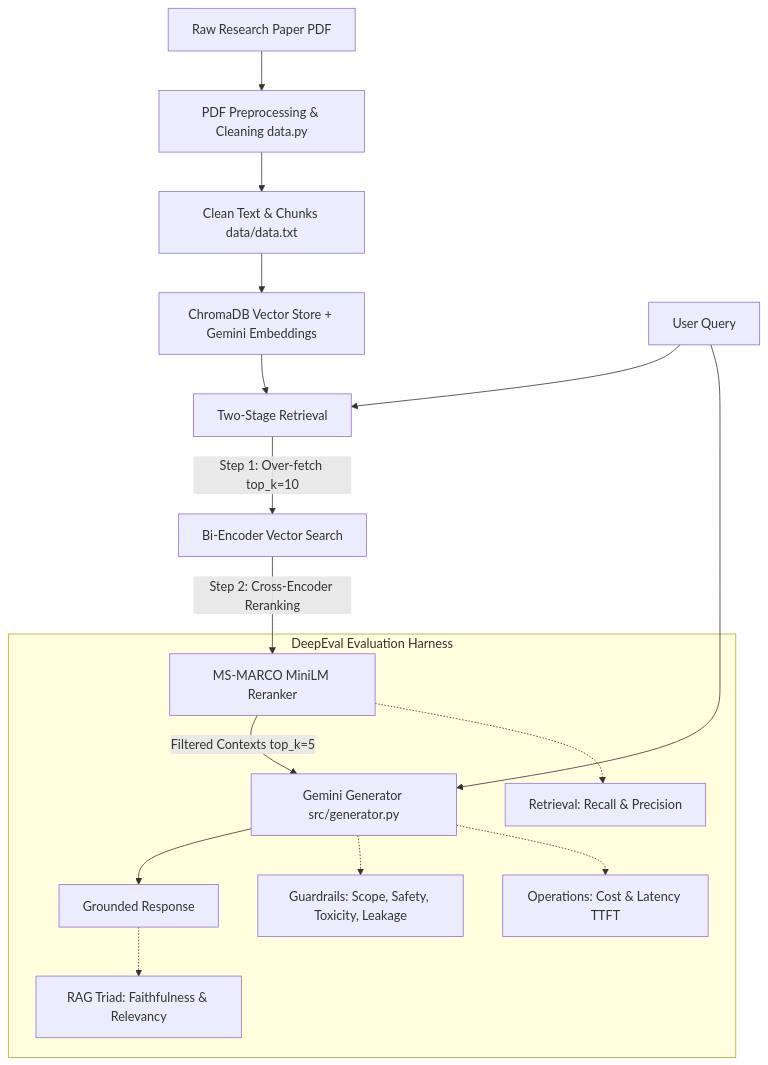
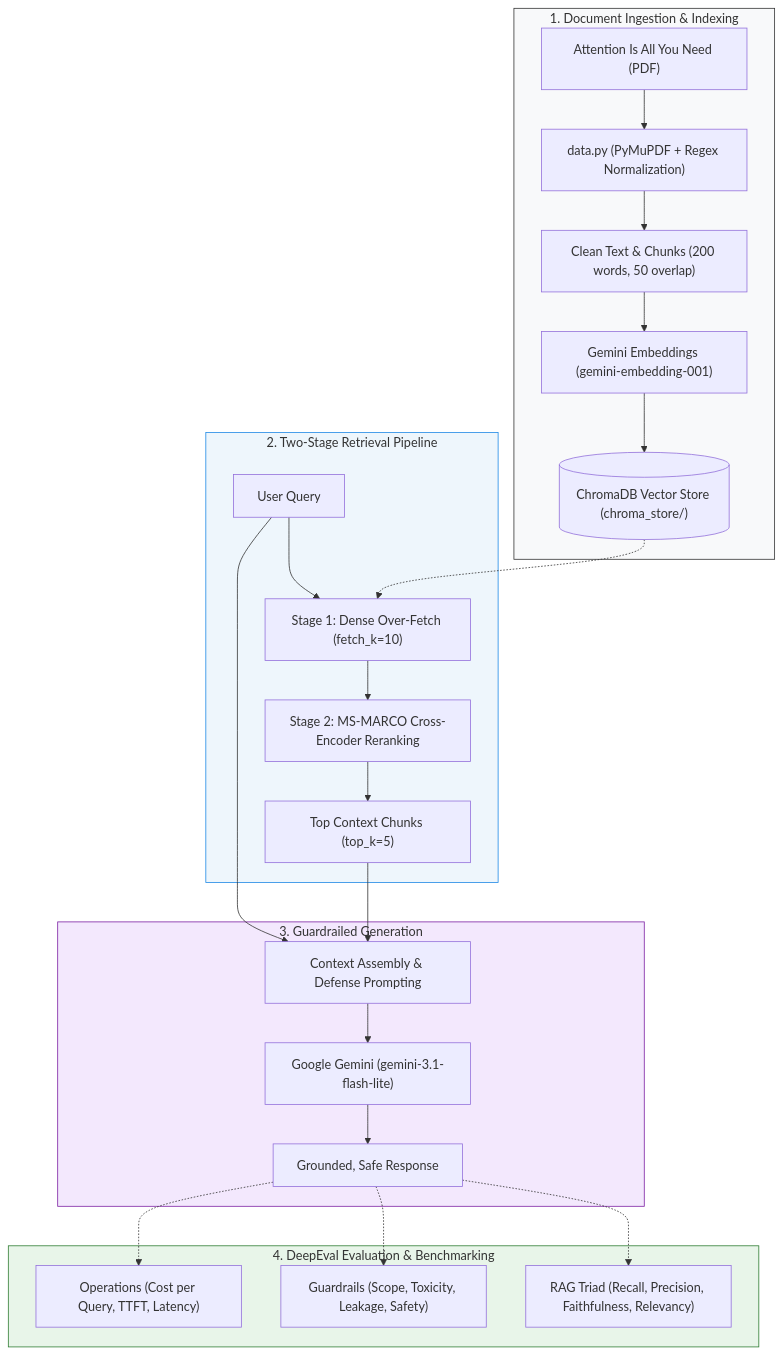
One commit to tapasbarman-ai/rag-eval-suite changed the diagram in README.md. Above: the diagram before and after it, drawn with Mermaid. The commit also changed other lines of this file and 1 other file, not shown here.

Commit message:
docs: fine-tune professional README with architecture, golden specs, and MIT license

````diff
--- a/README.md
+++ b/README.md
@@ -17,22 +42,34 @@
 ```mermaid
-graph TD
-    A[Raw Research Paper PDF] --> B[PDF Preprocessing & Cleaning data.py]
-    B --> C[Clean Text & Chunks data/data.txt]
-    C --> D[ChromaDB Vector Store + Gemini Embeddings]
-    
-    Q[User Query] --> E[Two-Stage Retrieval]
-    D --> E
-    E -->|Step 1: Over-fetch top_k=10| F[Bi-Encoder Vector Search]
-    F -->|Step 2: Cross-Encoder Reranking| G[MS-MARCO MiniLM Reranker]
-    G -->|Filtered Contexts top_k=5| H[Gemini Generator src/generator.py]
-    
-    Q --> H
-    H --> I[Grounded Response]
+flowchart TD
+    subgraph INGESTION["1. Document Ingestion & Indexing"]
+        PDF["Attention Is All You Need (PDF)"] --> CLEAN["data.py (PyMuPDF + Regex Normalization)"]
+        CLEAN --> TEXT["Clean Text & Chunks (200 words, 50 overlap)"]
+        TEXT --> EMBED["Gemini Embeddings (gemini-embedding-001)"]
+        EMBED --> CHROMA[("ChromaDB Vector Store (chroma_store/)")]
+    end
 
-    subgraph DeepEval Evaluation Harness
-        I -.-> J[RAG Triad: Faithfulness & Relevancy]
-        G -.-> K[Retrieval: Recall & Precision]
-        H -.-> L[Guardrails: Scope, Safety, Toxicity, Leakage]
-        H -.-> M[Operations: Cost & Latency TTFT]
+    subgraph RETRIEVAL["2. Two-Stage Retrieval Pipeline"]
+        QUERY["User Query"] --> DENSE["Stage 1: Dense Over-Fetch (fetch_k=10)"]
+        CHROMA -.-> DENSE
+        DENSE --> RERANK["Stage 2: MS-MARCO Cross-Encoder Reranking"]
+        RERANK --> TOPK["Top Context Chunks (top_k=5)"]
     end
+
+    subgraph GENERATION["3. Guardrailed Generation"]
+        TOPK --> PROMPT["Context Assembly & Defense Prompting"]
+        QUERY --> PROMPT
+        PROMPT --> GEMINI["Google Gemini (gemini-3.1-flash-lite)"]
+        GEMINI --> RESP["Grounded, Safe Response"]
+    end
+
+    subgraph EVALUATION["4. DeepEval Evaluation & Benchmarking"]
+        RESP -.-> RAG_TRIAD["RAG Triad (Recall, Precision, Faithfulness, Relevancy)"]
+        RESP -.-> GUARDRAILS["Guardrails (Scope, Toxicity, Leakage, Safety)"]
+        RESP -.-> OPS["Operations (Cost per Query, TTFT, Latency)"]
+    end
+
+    style INGESTION fill:#f8f9fa,stroke:#333,stroke-width:1px
+    style RETRIEVAL fill:#eef6fc,stroke:#1e88e5,stroke-width:1px
+    style GENERATION fill:#f3e8fd,stroke:#7b1fa2,stroke-width:1px
+    style EVALUATION fill:#e8f5e9,stroke:#2e7d32,stroke-width:1px
 ```
````
